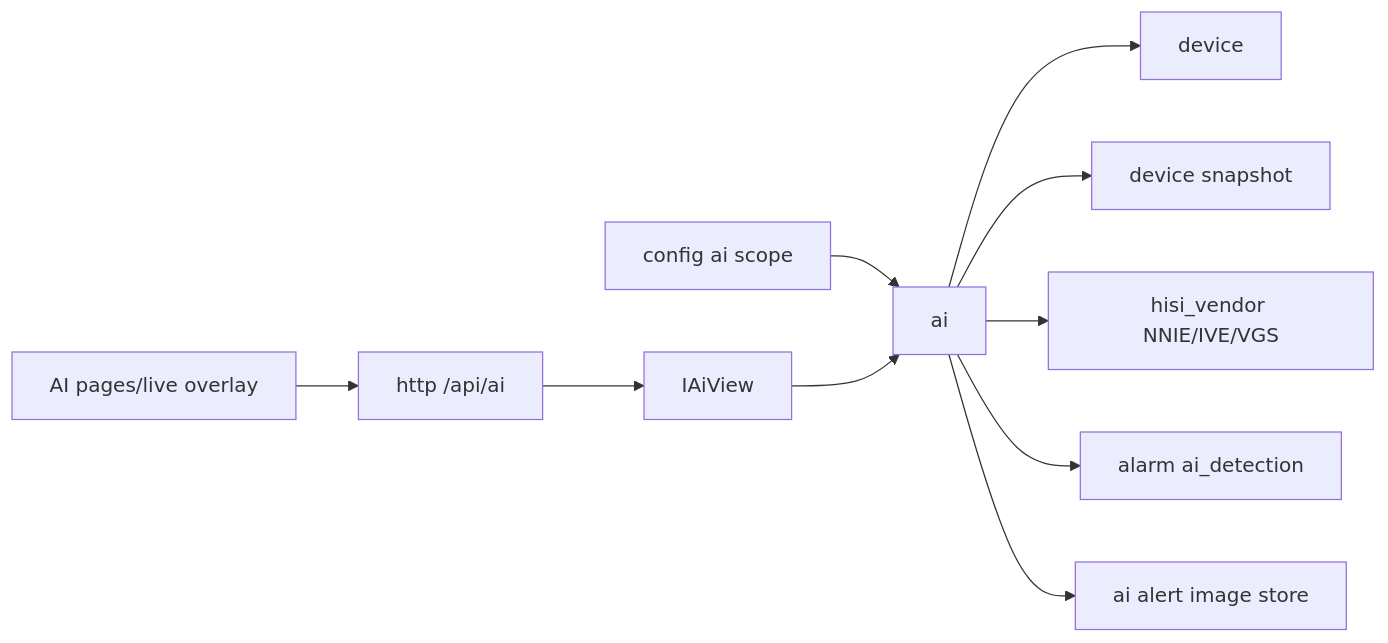
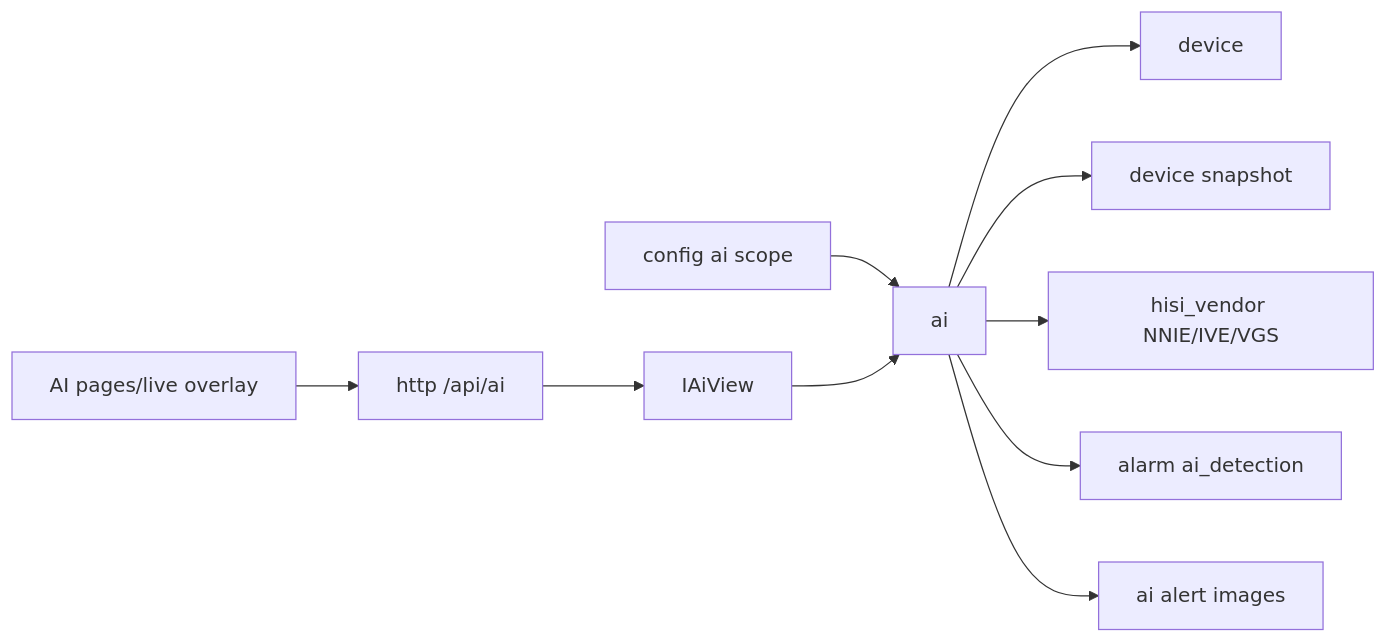
One commit to 373699756/live_stream changed the diagram in docs/libs/ai.md. Above: the diagram before and after it, drawn with Mermaid. The commit also changed 28 other files, not shown here.

````diff
--- a/docs/libs/ai.md
+++ b/docs/libs/ai.md
@@ -14,12 +14,12 @@
 ```mermaid
 flowchart LR
   Config[config ai scope] --> AI[ai]
   AI --> Media[device]
   AI --> Snapshot[device snapshot]
   AI --> SDK[hisi_vendor NNIE/IVE/VGS]
   AI --> Alarm[alarm ai_detection]
-  AI --> Alerts[ai alert image store]
+  AI --> Alerts[ai alert images]
   HTTP[http /api/ai] --> AIView[IAiView]
   AIView --> AI
   Web[AI pages/live overlay] --> HTTP
 ```
````
